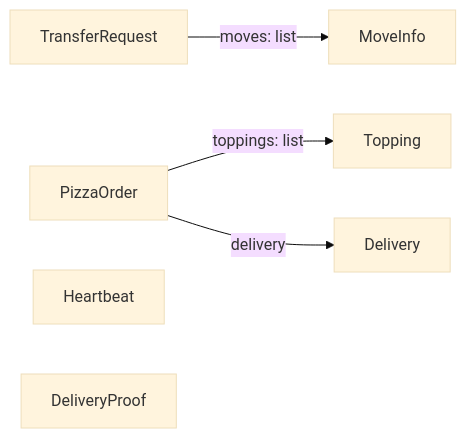
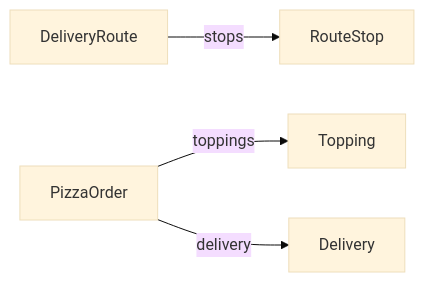
One commit to splendidz/protaco changed the diagram in examples/README.ko.md. Above: the diagram before and after it, drawn with Mermaid (base theme). The commit also changed other lines of this file and 107 other files, not shown here.

````diff
--- a/examples/README.ko.md
+++ b/examples/README.ko.md
@@ -81,8 +65,6 @@
 ```mermaid
 flowchart LR
-    TR["TransferRequest"] -->|"moves: list"| MI["MoveInfo"]
-    PO["PizzaOrder"] -->|"toppings: list"| TO["Topping"]
-    PO -->|"delivery"| DE["Delivery"]
-    HB["Heartbeat"]
-    DP["DeliveryProof"]
+    R["DeliveryRoute"] -->|stops| S["RouteStop"]
+    P["PizzaOrder"] -->|toppings| T["Topping"]
+    P -->|delivery| D["Delivery"]
 ```
````
